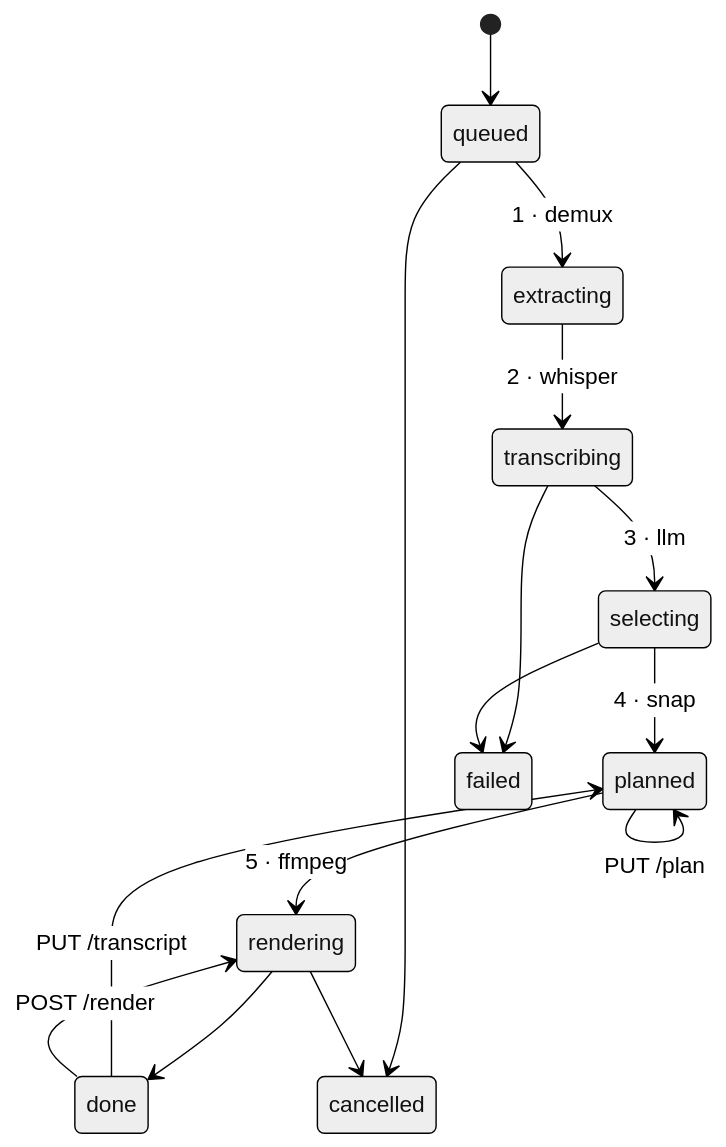
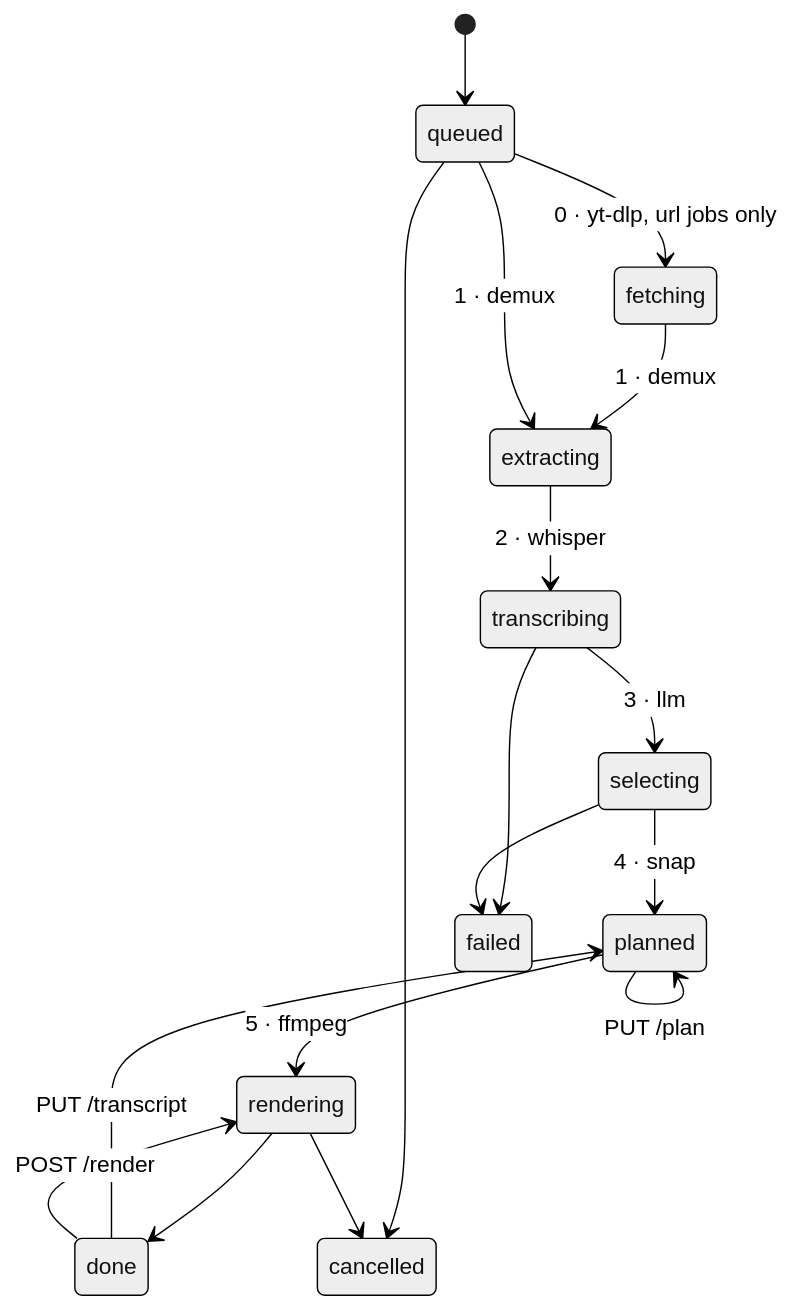
One commit to Abdel-RahmanSaied/Qatf changed the first of 2 diagrams in docs/api.md. Above: the diagram before and after it, drawn with Mermaid (neutral theme). The commit also changed other lines of this file and 36 other files, not shown here.

````diff
--- a/docs/api.md
+++ b/docs/api.md
@@ -49,17 +50,19 @@
 ```mermaid
 stateDiagram-v2
     [*] --> queued
+    queued --> fetching: 0 · yt-dlp, url jobs only
+    fetching --> extracting: 1 · demux
     queued --> extracting: 1 · demux
     extracting --> transcribing: 2 · whisper
     transcribing --> selecting: 3 · llm
     selecting --> planned: 4 · snap
     planned --> rendering: 5 · ffmpeg
     rendering --> done
     planned --> planned: PUT /plan
     done --> planned: PUT /transcript
     done --> rendering: POST /render
     queued --> cancelled
     rendering --> cancelled
     transcribing --> failed
     selecting --> failed
 ```
````
